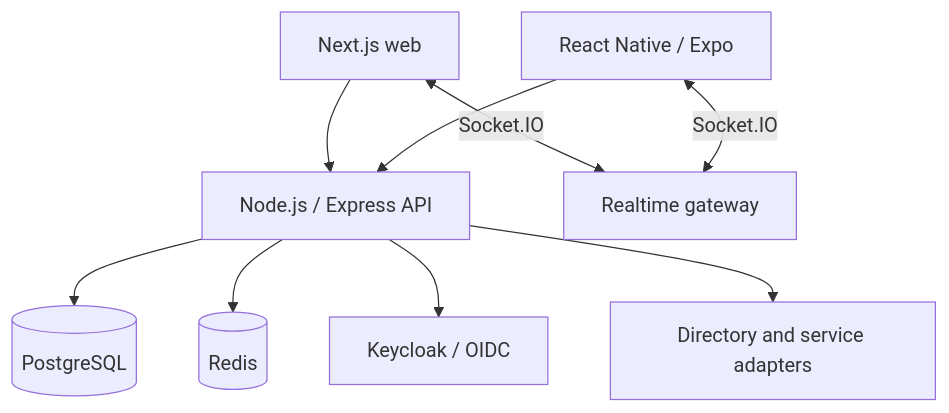
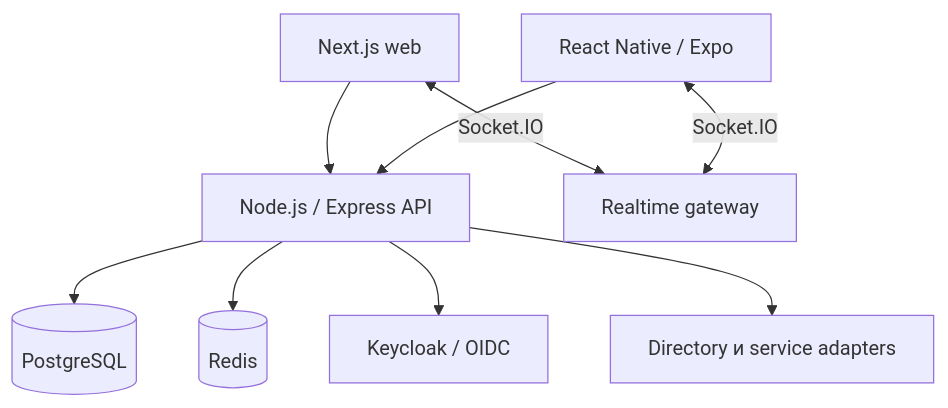
One commit to Ilyusa206/engineering-showcase changed the diagram in cases/bic-hub/README.md. Above: the diagram before and after it, drawn with Mermaid. The commit also changed other lines of this file and 17 other files, not shown here.

````diff
--- a/cases/bic-hub/README.md
+++ b/cases/bic-hub/README.md
@@ -20,11 +20,11 @@
 ```mermaid
 flowchart TD
     W["Next.js web"] --> API["Node.js / Express API"]
     M["React Native / Expo"] --> API
     W <-->|Socket.IO| RT["Realtime gateway"]
     M <-->|Socket.IO| RT
     API --> DB[(PostgreSQL)]
     API --> C[(Redis)]
     API --> ID["Keycloak / OIDC"]
-    API --> EXT["Directory and service adapters"]
+    API --> EXT["Directory и service adapters"]
 ```
````
